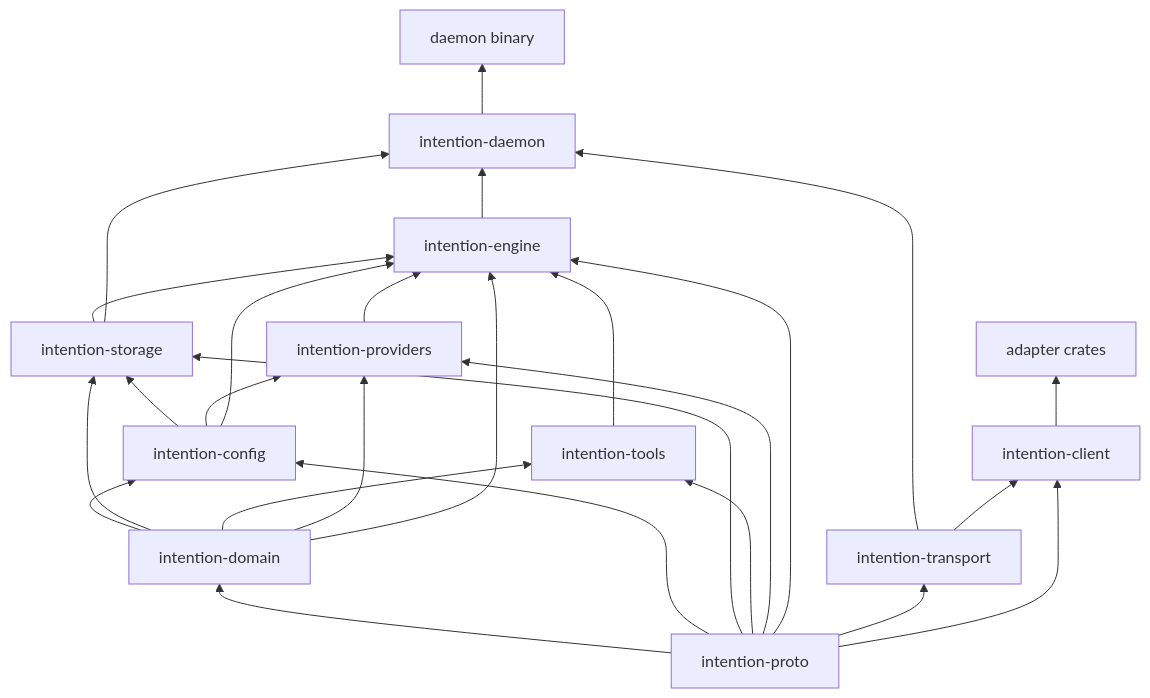
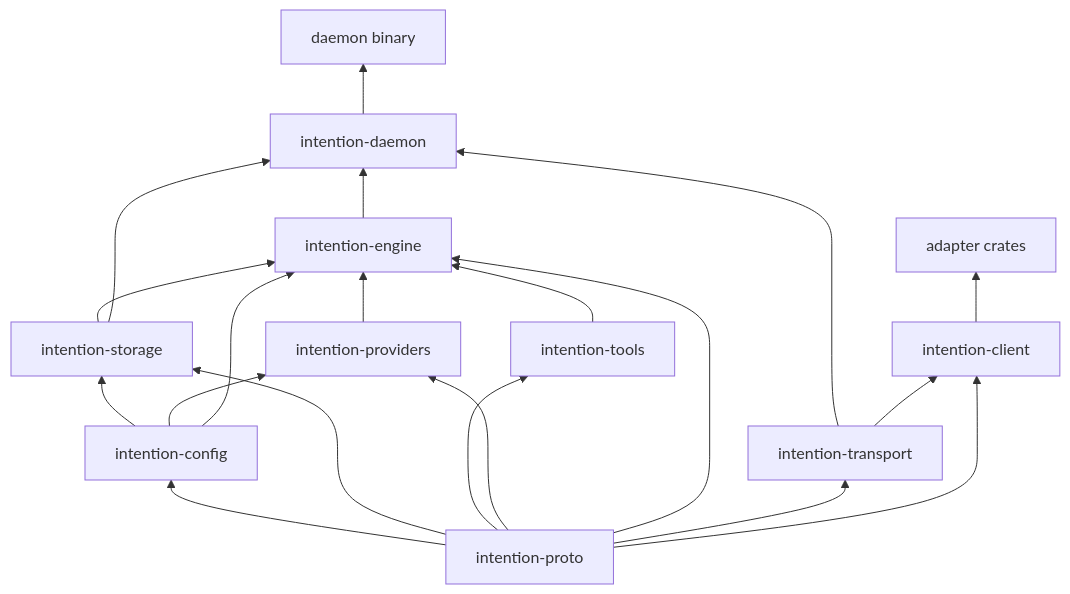
Before and after one commit to y0tsy/intention-relay: the second of 2 diagrams in docs/intention-relay/architecture/01-workspace-and-crate-map.md, drawn with Mermaid. The commit also changed other lines of this file and 9 other files, not shown here.

````diff
--- a/docs/intention-relay/architecture/01-workspace-and-crate-map.md
+++ b/docs/intention-relay/architecture/01-workspace-and-crate-map.md
@@ -141,28 +139,22 @@
 ```mermaid
 flowchart BT
-  PR[intention-proto] --> DO[intention-domain]
-  PR --> CF[intention-config]
-  DO --> CF
+  PR[intention-proto] --> CF[intention-config]
   PR --> ST[intention-storage]
-  DO --> ST
   CF --> ST
   PR --> TL[intention-tools]
-  DO --> TL
   PR --> PV[intention-providers]
-  DO --> PV
   CF --> PV
   PR --> EN[intention-engine]
-  DO --> EN
   CF --> EN
   ST --> EN
   TL --> EN
   PV --> EN
   EN --> DH[intention-daemon]
   ST --> DH
   TR --> DH
   PR --> TR[intention-transport]
   TR --> CL[intention-client]
   PR --> CL
   CL --> AD[adapter crates]
   DH --> BIN[daemon binary]
 ```
````
